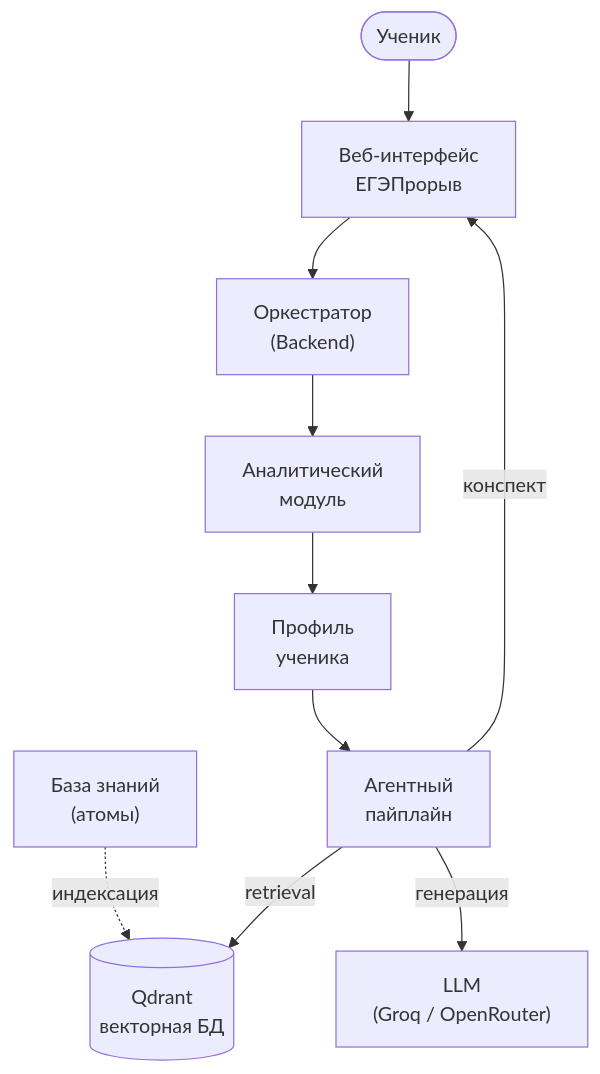
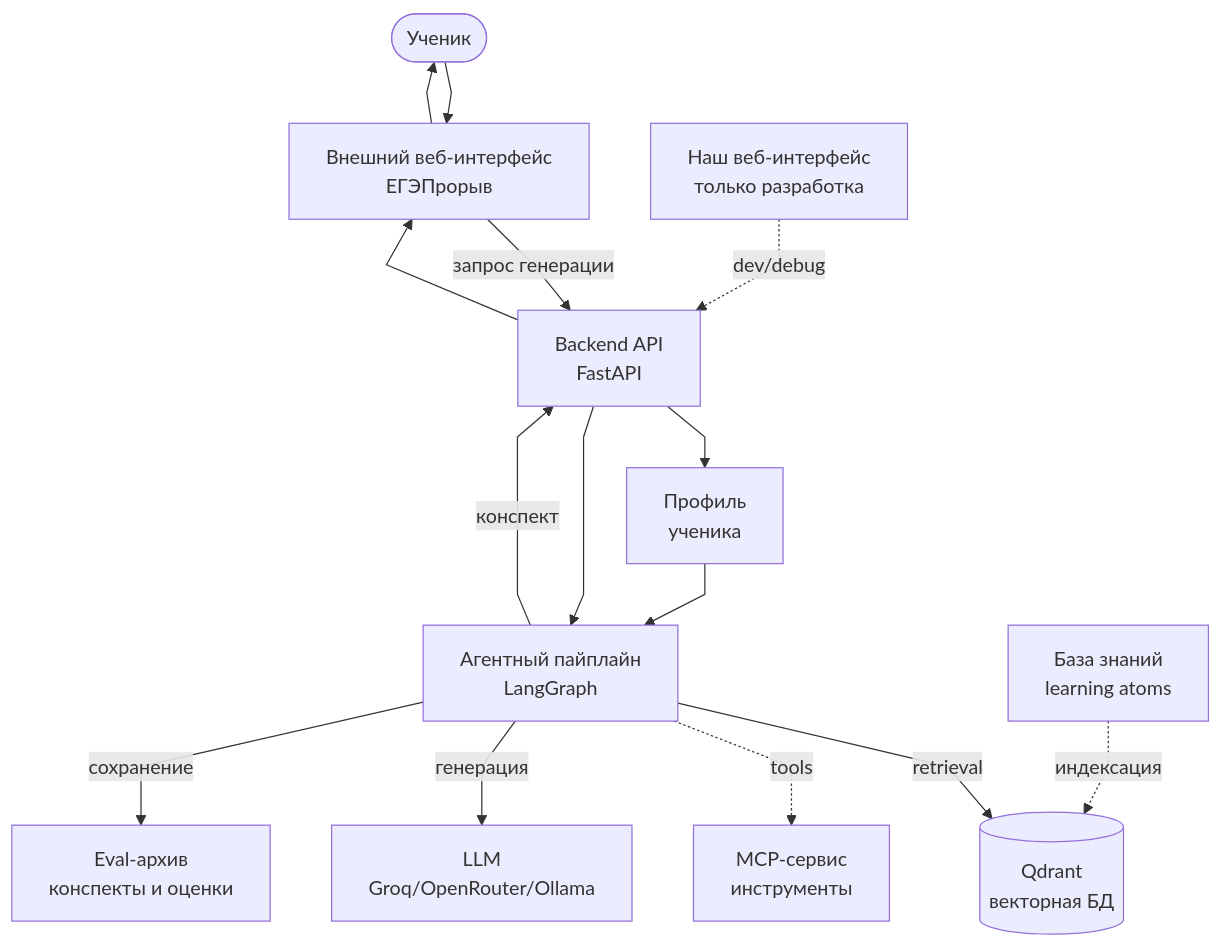
The diagram in doc/src/vkr/graphics/arch_service.mmd (KuBaN658/UEAT), drawn with Mermaid before and after one commit. The commit also changed 5 other files, not shown here.

```diff
--- a/doc/src/vkr/graphics/arch_service.mmd
+++ b/doc/src/vkr/graphics/arch_service.mmd
@@ -1,20 +1,43 @@
+---
+config:
+  flowchart:
+    curve: linear
+---
 graph TB
   User(["Ученик"])
-  WebUI["Веб-интерфейс\nЕГЭПрорыв"]
-  Orch["Оркестратор\n(Backend)"]
-  Analytics["Аналитический\nмодуль"]
-  Profile["Профиль\nученика"]
-  Agent["Агентный\nпайплайн"]
-  KB["База знаний\n(атомы)"]
-  Qdrant[("Qdrant\nвекторная БД")]
-  LLM["LLM\n(Groq / OpenRouter)"]
+  ExternalWeb["Внешний веб-интерфейс
+  ЕГЭПрорыв"]
+  DevWeb["Наш веб-интерфейс
+  только разработка"]
+  Backend["Backend API
+  FastAPI"]
+  Profile["Профиль
+  ученика"]
+  Agent["Агентный пайплайн
+  LangGraph"]
+  KB["База знаний
+  learning atoms"]
+  Qdrant[("Qdrant
+  векторная БД")]
+  MCP["MCP-сервис
+  инструменты"]
+  LLM["LLM
+  Groq/OpenRouter/Ollama"]
+  Archive["Eval-архив
+  конспекты и оценки"]
 
-  User --> WebUI
-  WebUI --> Orch
-  Orch --> Analytics
-  Analytics --> Profile
+  User --> ExternalWeb
+  ExternalWeb -->|"запрос генерации"| Backend
+  DevWeb -.->|"dev/debug"| Backend
+
+  Backend --> Profile
+  Backend --> Agent
   Profile --> Agent
   KB -.->|"индексация"| Qdrant
   Agent -->|"retrieval"| Qdrant
+  Agent -.->|"tools"| MCP
   Agent -->|"генерация"| LLM
-  Agent -->|"конспект"| WebUI
+  Agent -->|"сохранение"| Archive
+  Agent -->|"конспект"| Backend
+  Backend --> ExternalWeb
+  ExternalWeb --> User
```
